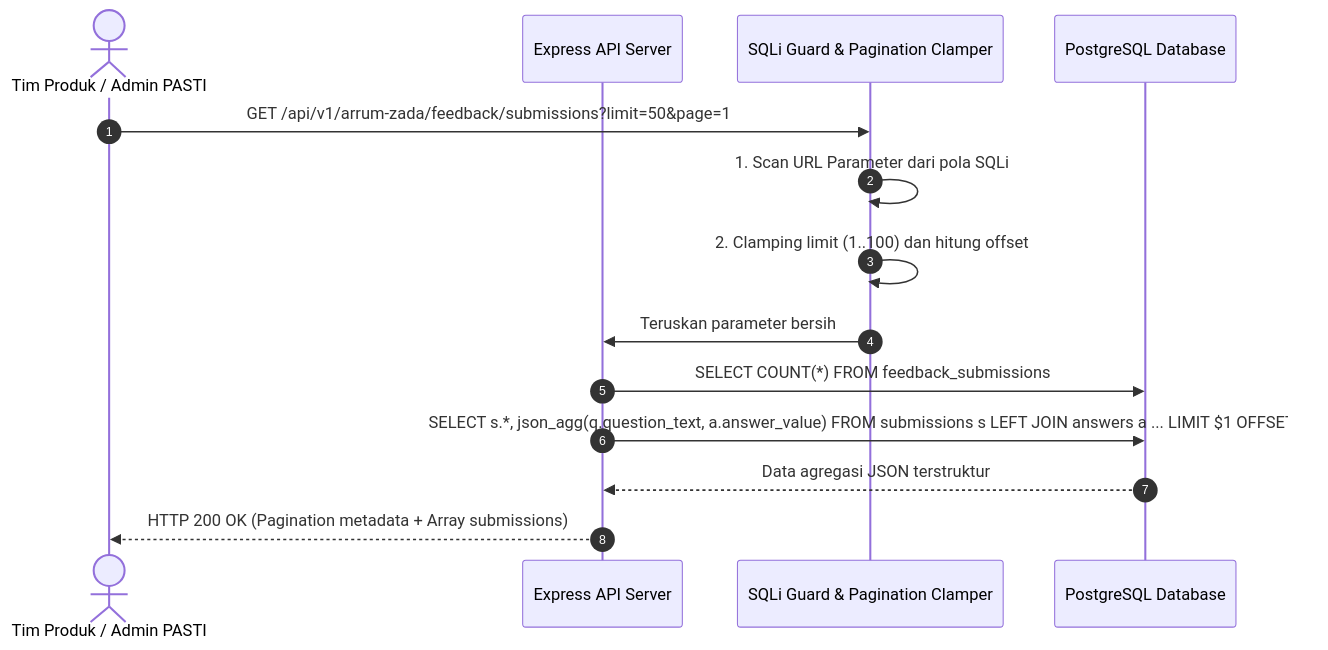
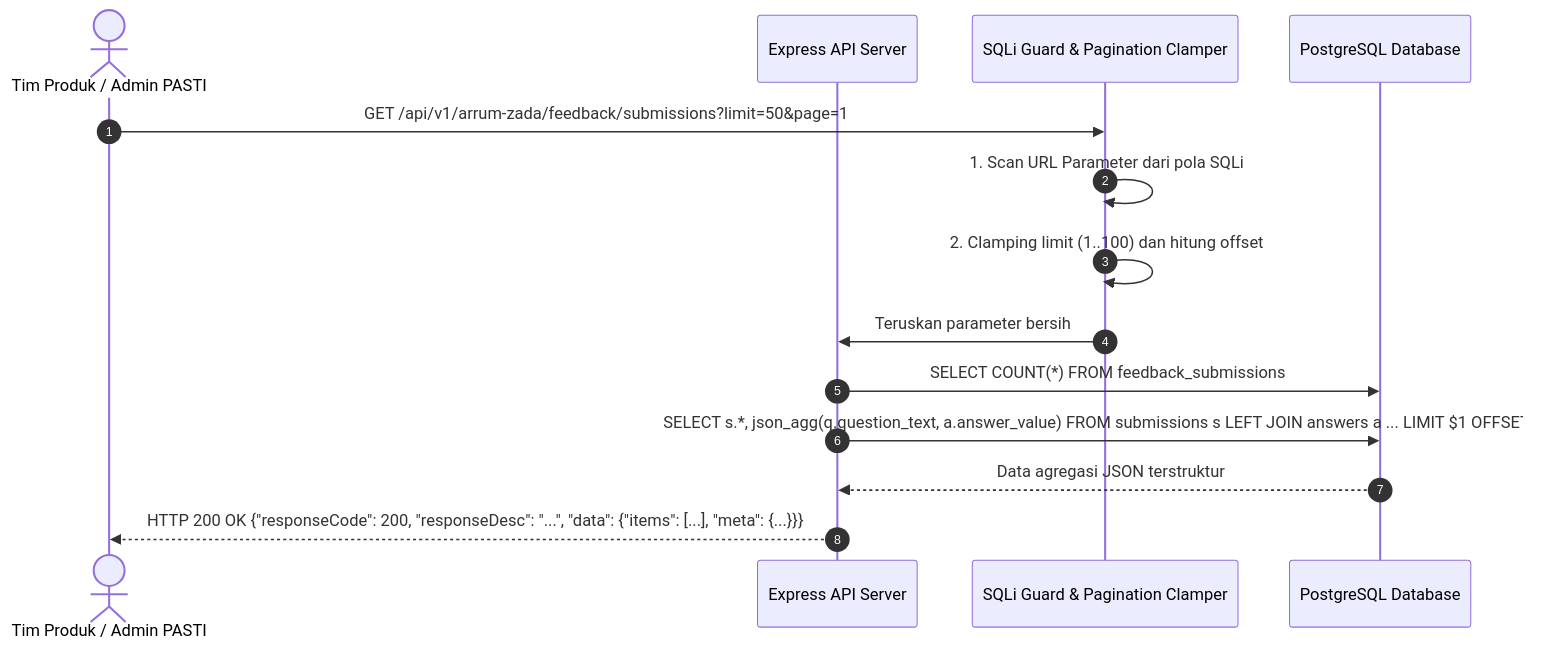
Before and after one commit to wachid29/arrum-zada-api: the fourth of 6 diagrams in docs/HIGH_LEVEL_DESIGN.md, drawn with Mermaid. The commit also changed other lines of this file and 8 other files, not shown here.

````diff
--- a/docs/HIGH_LEVEL_DESIGN.md
+++ b/docs/HIGH_LEVEL_DESIGN.md
@@ -187,17 +187,17 @@
 ```mermaid
 sequenceDiagram
     autonumber
     actor Admin as Tim Produk / Admin PASTI
     participant API as Express API Server
     participant SEC as SQLi Guard & Pagination Clamper
     participant DB as PostgreSQL Database
 
     Admin->>SEC: GET /api/v1/arrum-zada/feedback/submissions?limit=50&page=1
     SEC->>SEC: 1. Scan URL Parameter dari pola SQLi
     SEC->>SEC: 2. Clamping limit (1..100) dan hitung offset
     SEC->>API: Teruskan parameter bersih
     API->>DB: SELECT COUNT(*) FROM feedback_submissions;
     API->>DB: SELECT s.*, json_agg(q.question_text, a.answer_value) FROM submissions s LEFT JOIN answers a ... LIMIT $1 OFFSET $2;
     DB-->>API: Data agregasi JSON terstruktur
-    API-->>Admin: HTTP 200 OK (Pagination metadata + Array submissions)
+    API-->>Admin: HTTP 200 OK {"responseCode": 200, "responseDesc": "...", "data": {"items": [...], "meta": {...}}}
 ```
````
